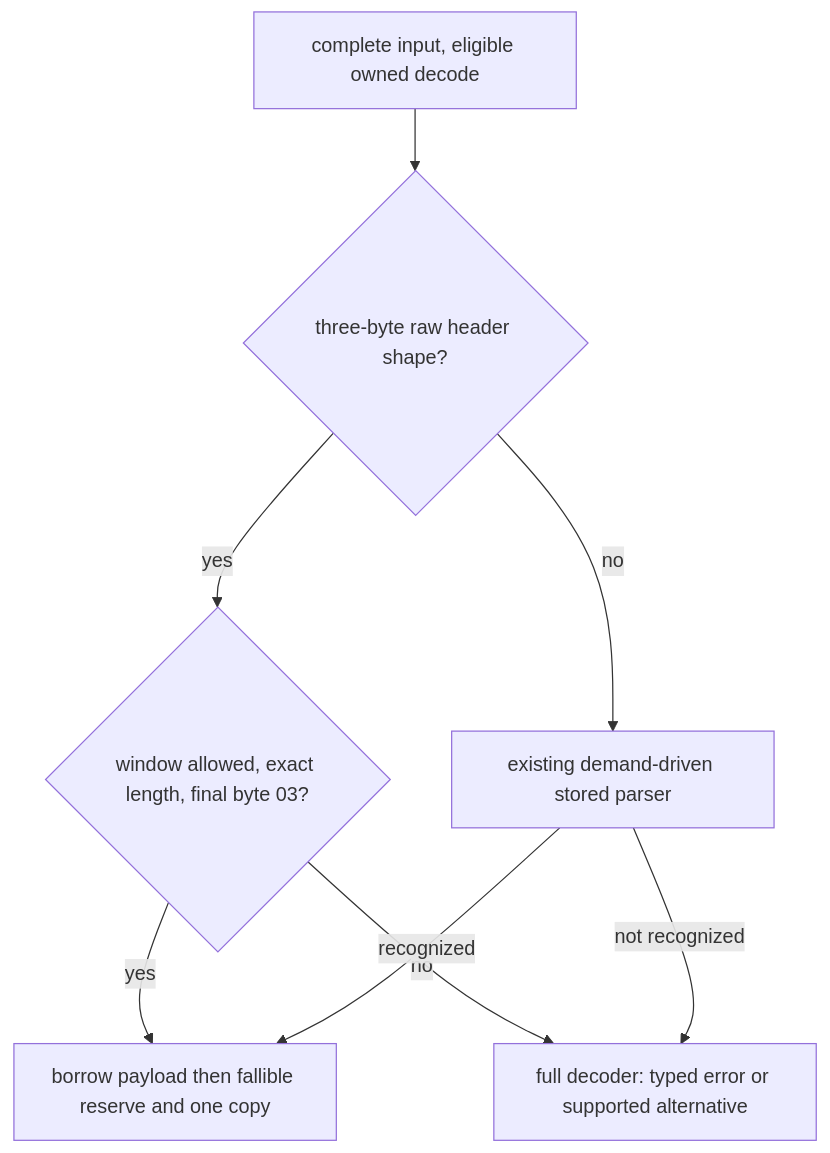
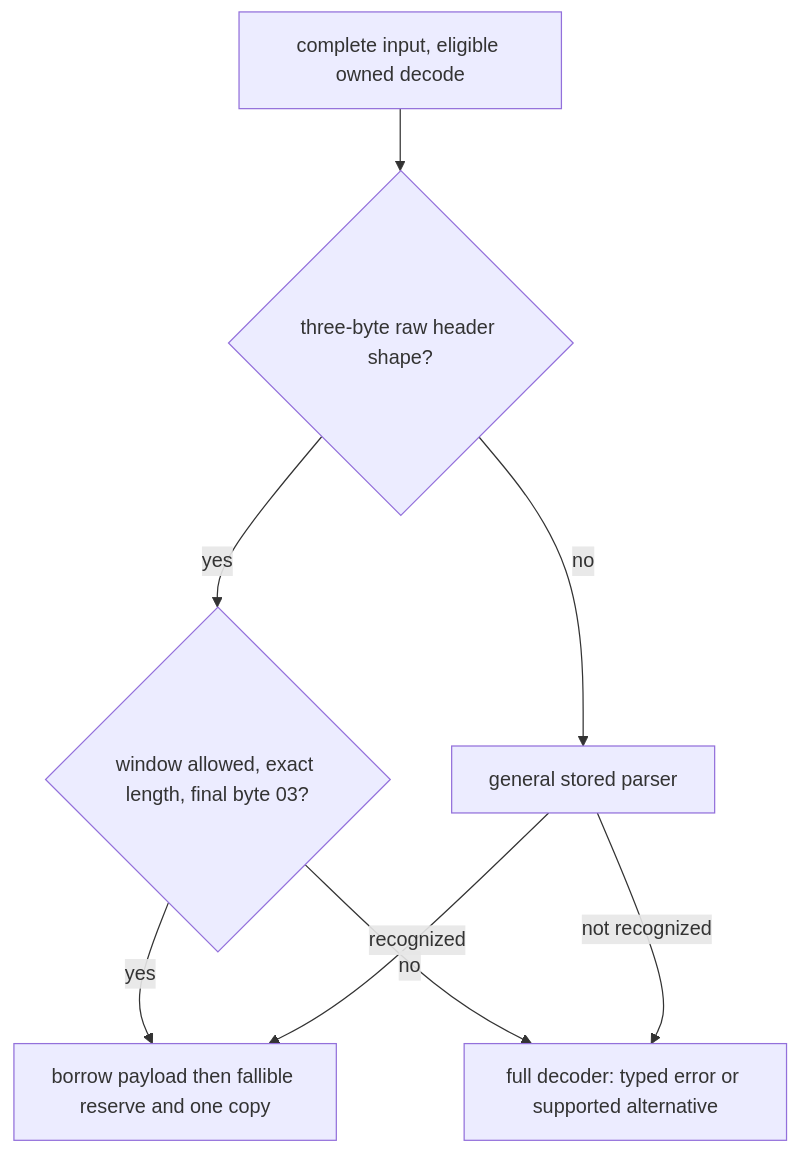
The second of 2 diagrams in architecture/decoder-literal-performance.md (Mnwa/mbrotli), drawn with Mermaid before and after one commit. The commit also changed other lines of this file and 172 other files, not shown here.

````diff
--- a/architecture/decoder-literal-performance.md
+++ b/architecture/decoder-literal-performance.md
@@ -79,10 +49,10 @@
 ```mermaid
 flowchart TD
     Input[complete input, eligible owned decode] --> Header{three-byte raw header shape?}
     Header -->|yes| Exact{window allowed, exact length, final byte 03?}
     Exact -->|yes| Borrow[borrow payload then fallible reserve and one copy]
     Exact -->|no| Driver[full decoder: typed error or supported alternative]
-    Header -->|no| General[existing demand-driven stored parser]
+    Header -->|no| General[general stored parser]
     General -->|recognized| Borrow
     General -->|not recognized| Driver
 ```
````
